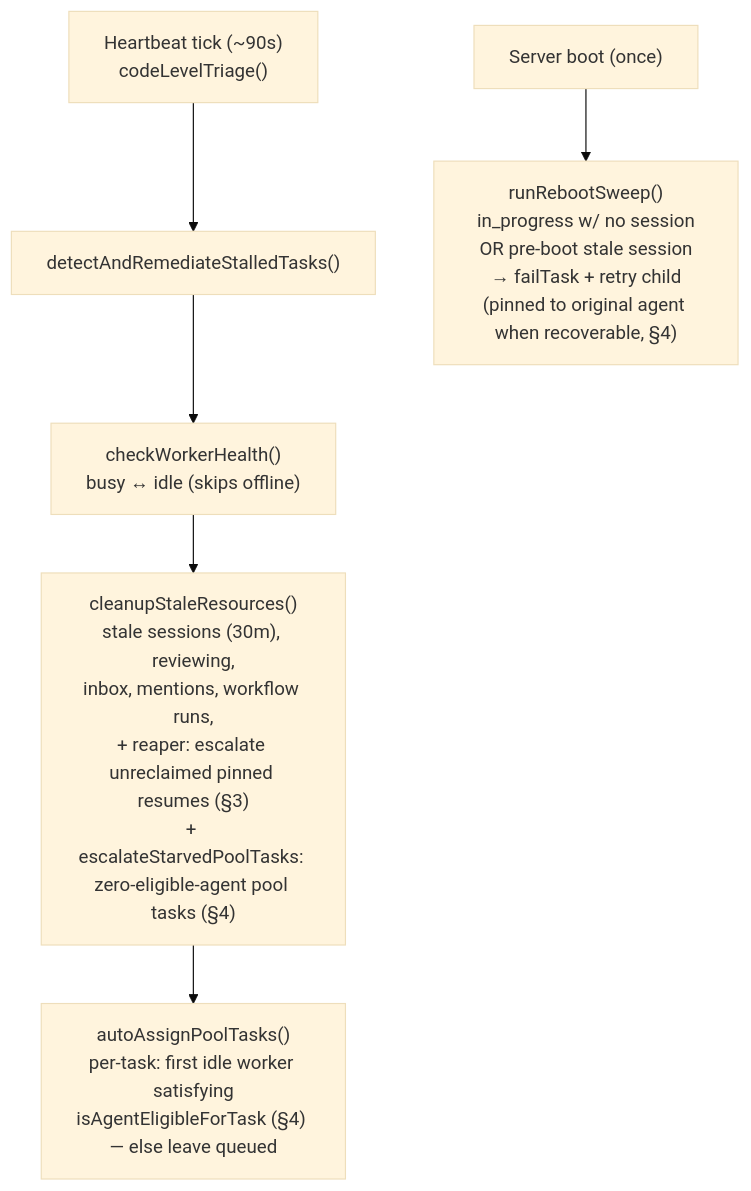
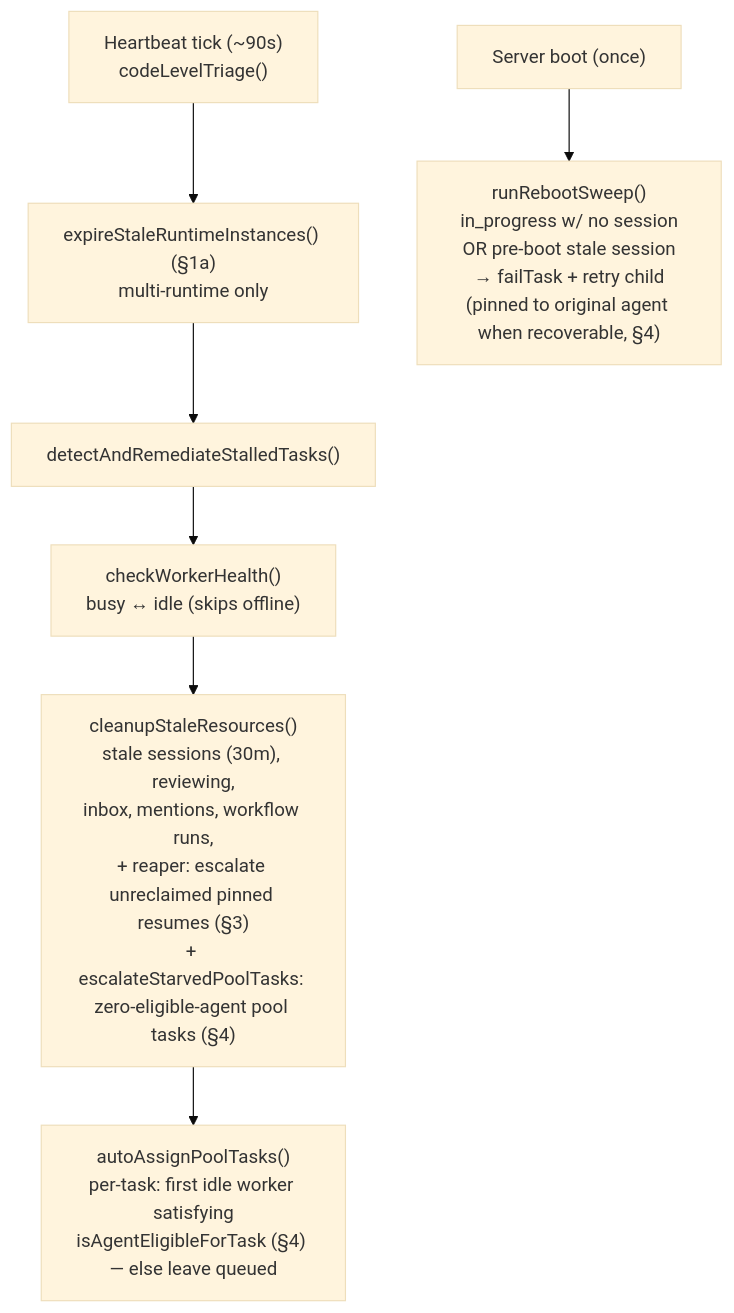
Before and after one commit to Capchase/agent-swarm: the first of 4 diagrams in runbooks/heartbeat-crash-recovery.md, drawn with Mermaid (base theme). The commit also changed other lines of this file and 53 other files, not shown here.

First line of the commit message:
feat(agents): support multiple runtime instances per agent (#1184)

````diff
--- a/runbooks/heartbeat-crash-recovery.md
+++ b/runbooks/heartbeat-crash-recovery.md
@@ -15,9 +15,10 @@
 ```mermaid
 flowchart TD
-  tick["Heartbeat tick (~90s)<br/>codeLevelTriage()"] --> detect["detectAndRemediateStalledTasks()"]
+  tick["Heartbeat tick (~90s)<br/>codeLevelTriage()"] --> expire["expireStaleRuntimeInstances() (§1a)<br/>multi-runtime only"]
+  expire --> detect["detectAndRemediateStalledTasks()"]
   detect --> health["checkWorkerHealth()<br/>busy ↔ idle (skips offline)"]
   health --> cleanup["cleanupStaleResources()<br/>stale sessions (30m), reviewing,<br/>inbox, mentions, workflow runs,<br/>+ reaper: escalate unreclaimed pinned resumes (§3)<br/>+ escalateStarvedPoolTasks: zero-eligible-agent pool tasks (§4)"]
   cleanup --> assign["autoAssignPoolTasks()<br/>per-task: first idle worker satisfying<br/>isAgentEligibleForTask (§4) — else leave queued"]
 
   boot["Server boot (once)"] --> reboot["runRebootSweep()<br/>in_progress w/ no session<br/>OR pre-boot stale session<br/>→ failTask + retry child<br/>(pinned to original agent when recoverable, §4)"]
 ```
````
